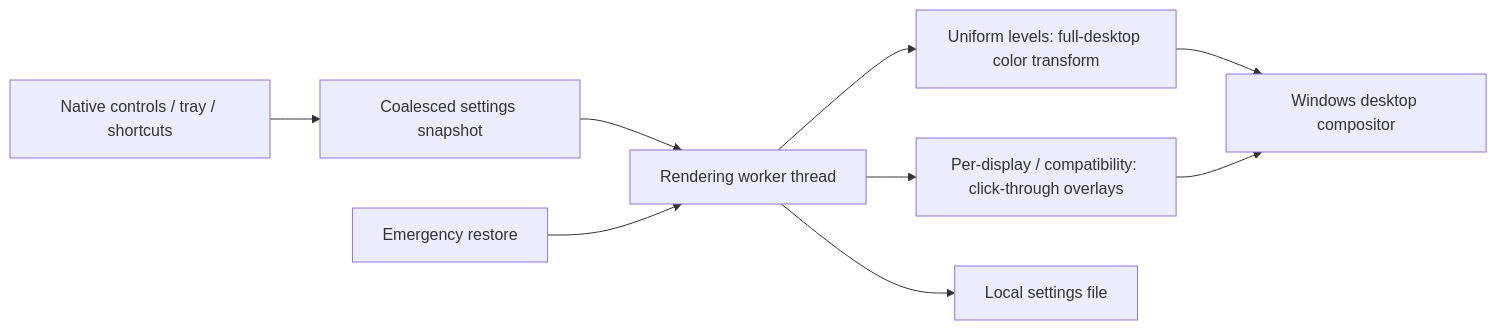
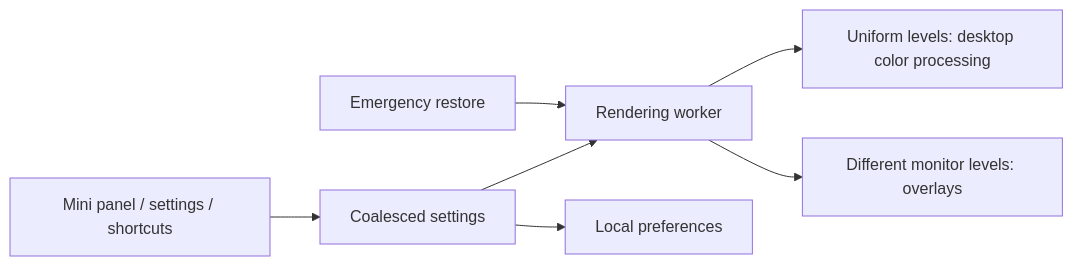
Before and after one commit to shardapps/screen: the diagram in README.md, drawn with Mermaid. The commit also changed other lines of this file and 25 other files, not shown here.

````diff
--- a/README.md
+++ b/README.md
@@ -89,11 +75,9 @@
 ```mermaid
 flowchart LR
-    A[Native controls / tray / shortcuts] --> B[Coalesced settings snapshot]
-    B --> C[Rendering worker thread]
-    C --> H[Uniform levels: full-desktop color transform]
-    C --> D[Per-display / compatibility: click-through overlays]
-    H --> E
-    D --> E[Windows desktop compositor]
-    C --> F[Local settings file]
+    A[Mini panel / settings / shortcuts] --> B[Coalesced settings]
+    B --> C[Rendering worker]
+    C --> D[Uniform levels: desktop color processing]
+    C --> E[Different monitor levels: overlays]
+    B --> F[Local preferences]
     G[Emergency restore] --> C
 ```
````
